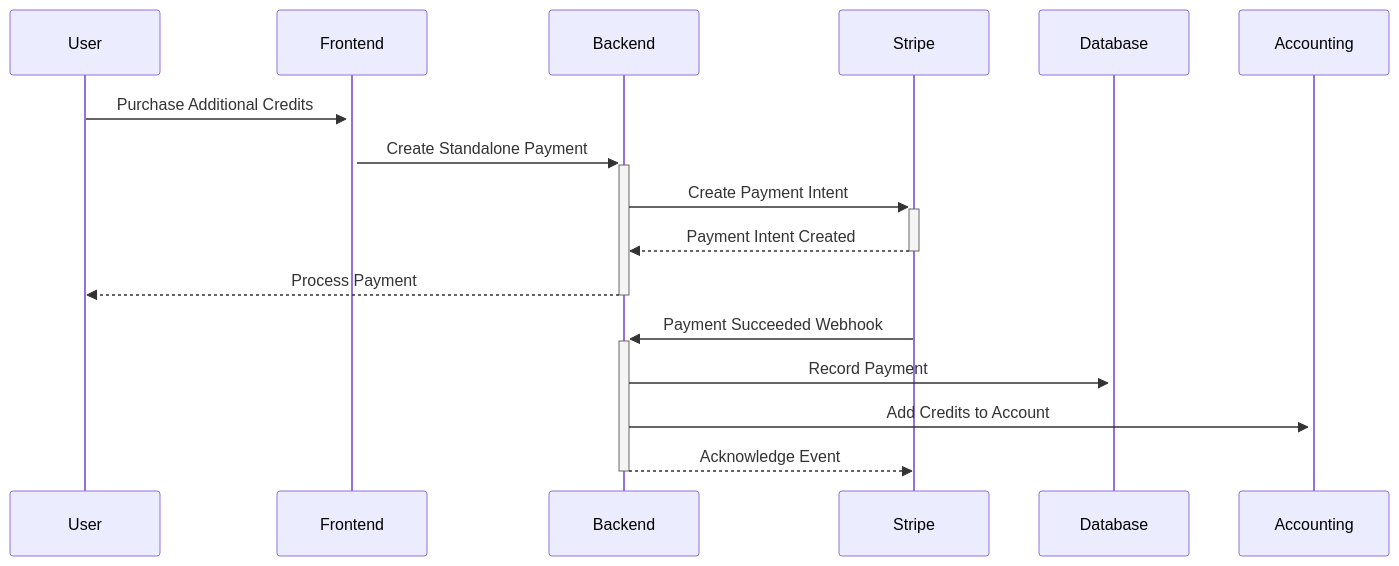
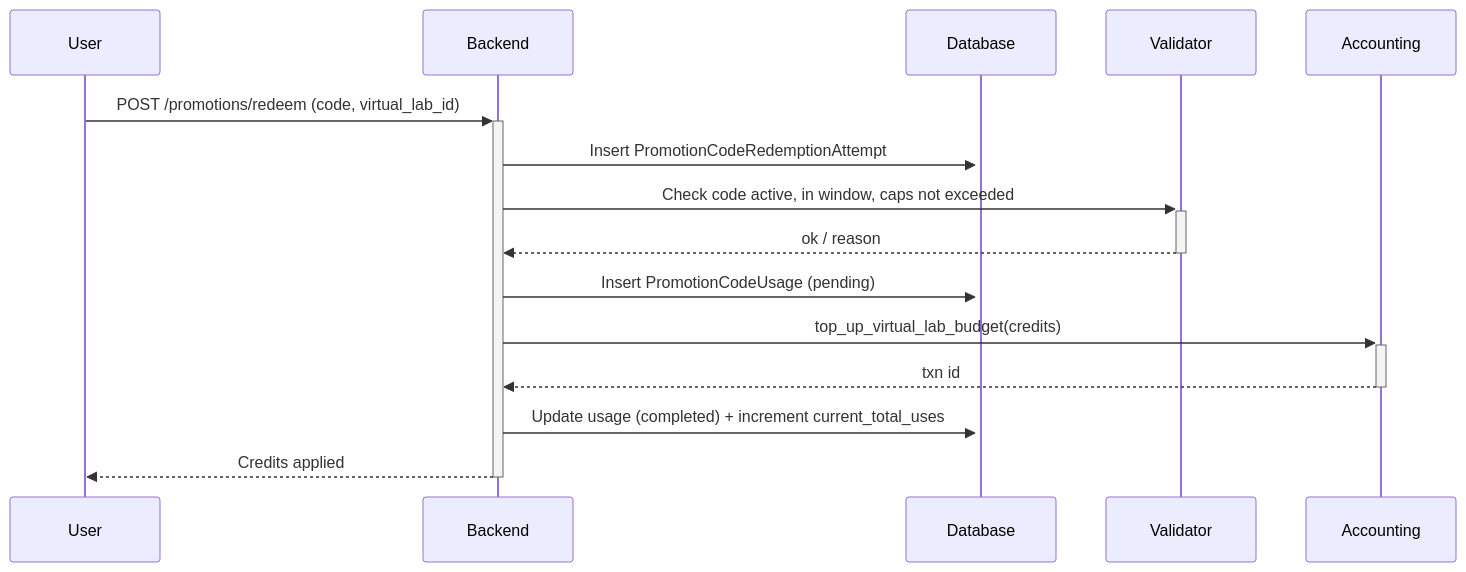
One commit to openbraininstitute/virtual-lab-api changed the seventh of 8 diagrams in SUBSCRIPTION.md. Above: the diagram before and after it, drawn with Mermaid. The commit also changed other lines of this file and 1 other file, not shown here.

````diff
--- a/SUBSCRIPTION.md
+++ b/SUBSCRIPTION.md
@@ -272,12 +387,12 @@
 ```mermaid
 sequenceDiagram
-    User->>+Frontend: Purchase Additional Credits
-    Frontend->>+Backend: Create Standalone Payment
-    Backend->>+Stripe: Create Payment Intent
-    Stripe-->>-Backend: Payment Intent Created
-    Backend-->>-User: Process Payment
-    Stripe->>+Backend: Payment Succeeded Webhook
-    Backend->>+Database: Record Payment
-    Backend->>+Accounting: Add Credits to Account
-    Backend-->>-Stripe: Acknowledge Event
+    User->>+Backend: POST /promotions/redeem (code, virtual_lab_id)
+    Backend->>+Database: Insert PromotionCodeRedemptionAttempt
+    Backend->>+Validator: Check code active, in window, caps not exceeded
+    Validator-->>-Backend: ok / reason
+    Backend->>+Database: Insert PromotionCodeUsage (pending)
+    Backend->>+Accounting: top_up_virtual_lab_budget(credits)
+    Accounting-->>-Backend: txn id
+    Backend->>+Database: Update usage (completed) + increment current_total_uses
+    Backend-->>-User: Credits applied
 ```
````
